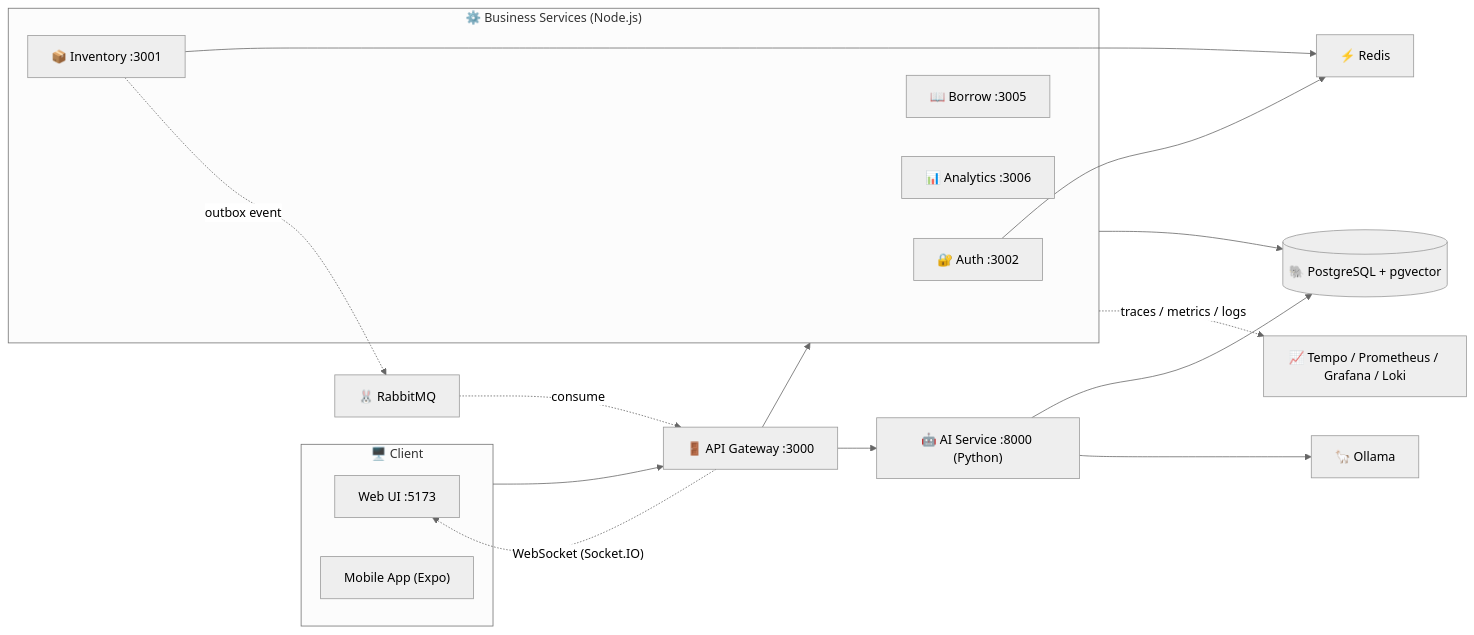
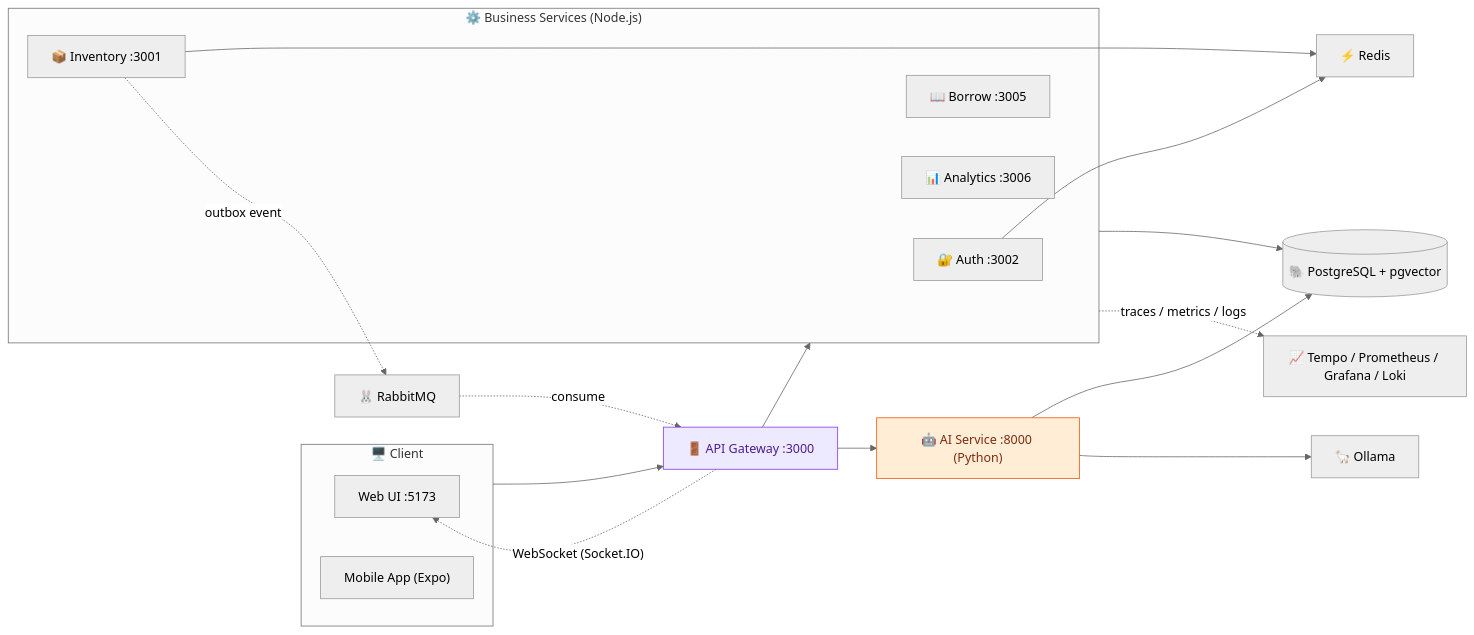
The first of 2 diagrams in README.md (vinhhung04/smartbook-system), drawn with Mermaid (neutral theme) before and after one commit.

Commit message:
docs: to mau nhan cho Gateway/AI trong so do kien truc
Them classDef/class trong mermaid de highlight API Gateway (tim) va
AI Service (cam), khop voi ban thiet ke da duyet - dung cu phap Mermaid
thuan (GitHub ho tro san), khong can font/CSS ngoai.

````diff
--- a/README.md
+++ b/README.md
@@ -163,39 +163,44 @@
 ```mermaid
 flowchart LR
     subgraph Client["🖥️ Client"]
         UI["Web UI :5173"]
         MOB["Mobile App (Expo)"]
     end
 
     GW["🚪 API Gateway :3000"]
 
     subgraph Core["⚙️ Business Services (Node.js)"]
         AUTH["🔐 Auth :3002"]
         INV["📦 Inventory :3001"]
         BORROW["📖 Borrow :3005"]
         ANA["📊 Analytics :3006"]
     end
 
     AI["🤖 AI Service :8000 (Python)"]
 
     PG[("🐘 PostgreSQL + pgvector")]
     REDIS["⚡ Redis"]
     MQ["🐰 RabbitMQ"]
     OLLAMA["🦙 Ollama"]
     OBS["📈 Tempo / Prometheus / Grafana / Loki"]
 
     Client --> GW
     GW --> Core
     GW --> AI
 
     Core --> PG
     AI --> PG
     AUTH --> REDIS
     INV --> REDIS
     AI --> OLLAMA
 
     INV -. "outbox event" .-> MQ -. consume .-> GW
     Core -. "traces / metrics / logs" .-> OBS
 
     GW -. "WebSocket (Socket.IO)" .-> UI
+
+    classDef gateway fill:#ede9fe,stroke:#7c3aed,color:#4c1d95;
+    classDef aiservice fill:#ffedd5,stroke:#ea580c,color:#7c2d12;
+    class GW gateway;
+    class AI aiservice;
 ```
````
